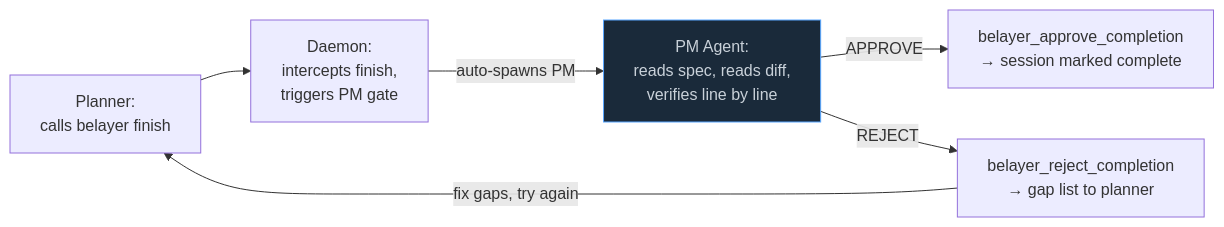
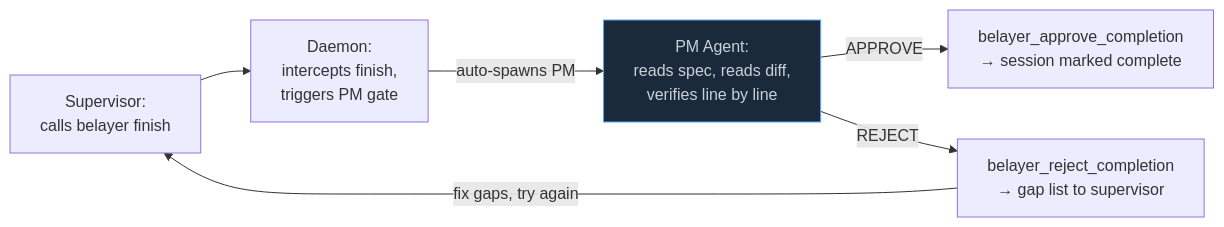
Diagram 11 of 11 in docs/AGENT_ARCHITECTURE.md (donovan-yohan/belayer), drawn with Mermaid before and after one commit. The commit also changed other lines of this file and 2 other files, not shown here.

First line of the commit message:
docs: update architecture docs and prompts for supervisor rename and tool gating

````diff
--- a/docs/AGENT_ARCHITECTURE.md
+++ b/docs/AGENT_ARCHITECTURE.md
@@ -560,16 +560,16 @@
 ```mermaid
 flowchart LR
-    planner["Planner:\ncalls belayer finish"]
+    supervisor["Supervisor:\ncalls belayer finish"]
     daemon["Daemon:\nintercepts finish,\ntriggers PM gate"]
     pm["PM Agent:\nreads spec, reads diff,\nverifies line by line"]
     approve["belayer_approve_completion\n→ session marked complete"]
-    reject["belayer_reject_completion\n→ gap list to planner"]
+    reject["belayer_reject_completion\n→ gap list to supervisor"]
 
-    planner --> daemon
+    supervisor --> daemon
     daemon -->|"auto-spawns PM"| pm
     pm -->|"APPROVE"| approve
     pm -->|"REJECT"| reject
-    reject -->|"fix gaps, try again"| planner
+    reject -->|"fix gaps, try again"| supervisor
 
     style pm fill:#1a2a3a,stroke:#58a6ff,color:#c9d1d9
 ```
````
